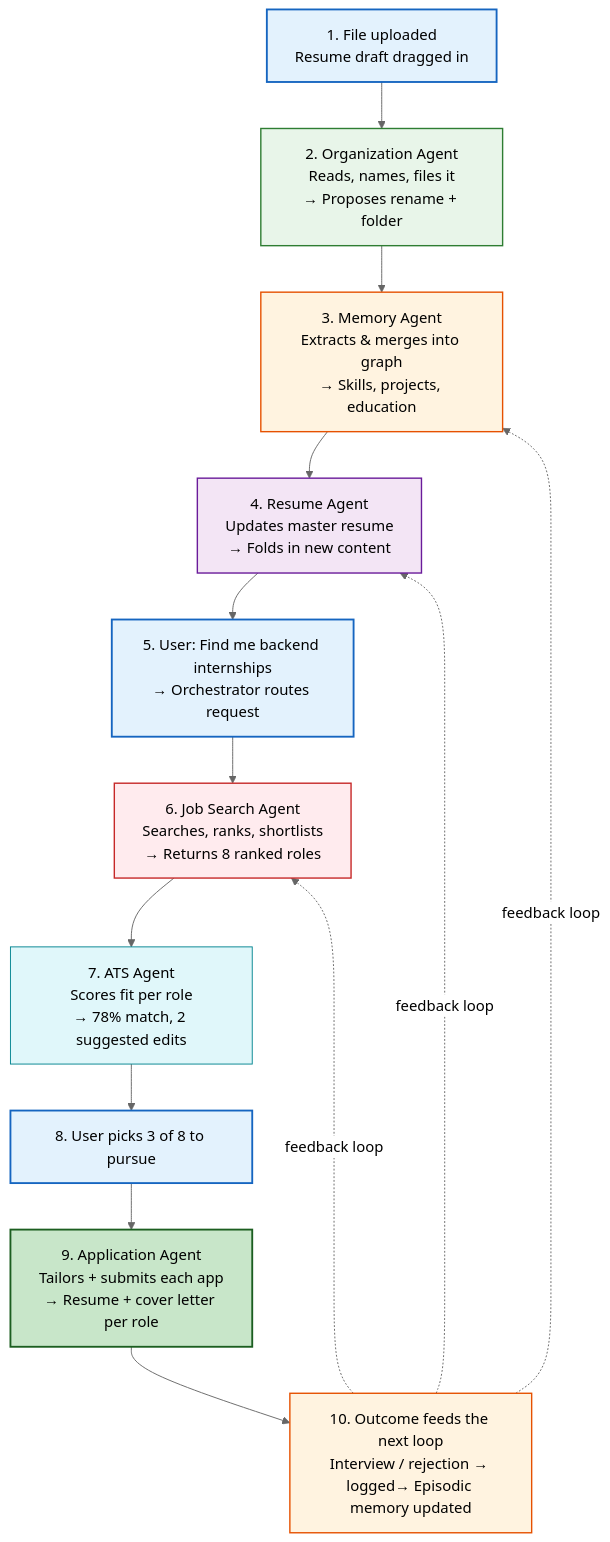
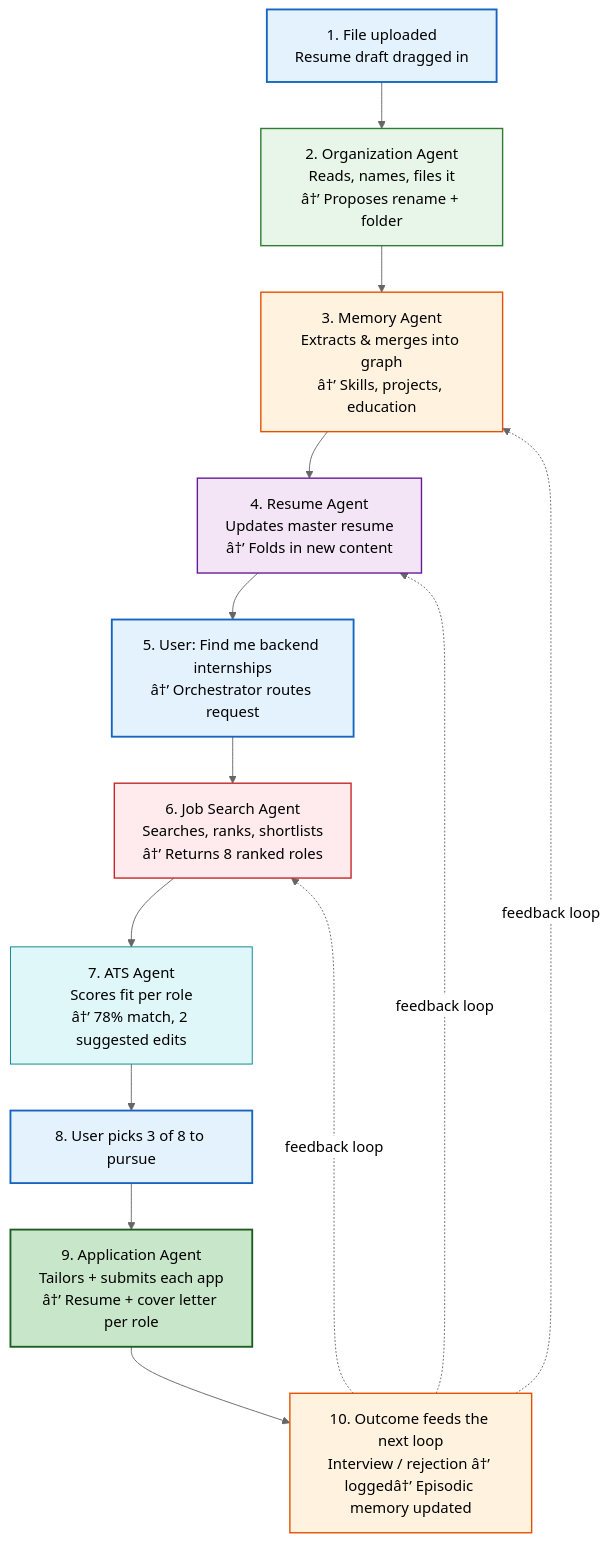
Before and after one commit to Driftloom/Vaeloom: the diagram in Docs/03-agent-workflow.md, drawn with Mermaid (neutral theme). The commit also changed other lines of this file and 249 other files, not shown here.

````diff
--- a/Docs/03-agent-workflow.md
+++ b/Docs/03-agent-workflow.md
@@ -27,24 +27,24 @@
 ```mermaid
 graph TD
     classDef trigger fill:#e3f2fd,stroke:#1565c0,color:#000,stroke-width:2px
     classDef org fill:#e8f5e9,stroke:#2e7d32,color:#000,stroke-width:1.5px
     classDef memory fill:#fff3e0,stroke:#e65100,color:#000,stroke-width:1.5px
     classDef resume fill:#f3e5f5,stroke:#6a1b9a,color:#000,stroke-width:1.5px
     classDef search fill:#ffebee,stroke:#c62828,color:#000,stroke-width:1.5px
     classDef ats fill:#e0f7fa,stroke:#00838f,color:#000,stroke-width:1px
     classDef apply fill:#c8e6c9,stroke:#1b5e20,color:#000,stroke-width:2px
 
     T["1. File uploaded<br/>Resume draft dragged in"]:::trigger
-    O["2. Organization Agent<br/>Reads, names, files it<br/>→ Proposes rename + folder"]:::org
-    MEM["3. Memory Agent<br/>Extracts & merges into graph<br/>→ Skills, projects, education"]:::memory
-    R["4. Resume Agent<br/>Updates master resume<br/>→ Folds in new content"]:::resume
-    U["5. User: Find me backend internships<br/>→ Orchestrator routes request"]:::trigger
-    J["6. Job Search Agent<br/>Searches, ranks, shortlists<br/>→ Returns 8 ranked roles"]:::search
-    ATS["7. ATS Agent<br/>Scores fit per role<br/>→ 78% match, 2 suggested edits"]:::ats
+    O["2. Organization Agent<br/>Reads, names, files it<br/>â†’ Proposes rename + folder"]:::org
+    MEM["3. Memory Agent<br/>Extracts & merges into graph<br/>â†’ Skills, projects, education"]:::memory
+    R["4. Resume Agent<br/>Updates master resume<br/>â†’ Folds in new content"]:::resume
+    U["5. User: Find me backend internships<br/>â†’ Orchestrator routes request"]:::trigger
+    J["6. Job Search Agent<br/>Searches, ranks, shortlists<br/>â†’ Returns 8 ranked roles"]:::search
+    ATS["7. ATS Agent<br/>Scores fit per role<br/>â†’ 78% match, 2 suggested edits"]:::ats
     AP["8. User picks 3 of 8 to pursue"]:::trigger
-    APP["9. Application Agent<br/>Tailors + submits each app<br/>→ Resume + cover letter per role"]:::apply
-    FB["10. Outcome feeds the next loop<br/>Interview / rejection → logged→ Episodic memory updated"]:::memory
+    APP["9. Application Agent<br/>Tailors + submits each app<br/>â†’ Resume + cover letter per role"]:::apply
+    FB["10. Outcome feeds the next loop<br/>Interview / rejection â†’ loggedâ†’ Episodic memory updated"]:::memory
 
     T --> O --> MEM --> R --> U --> J --> ATS --> AP --> APP --> FB
     FB -.->|feedback loop| MEM & R & J
 ```
````
